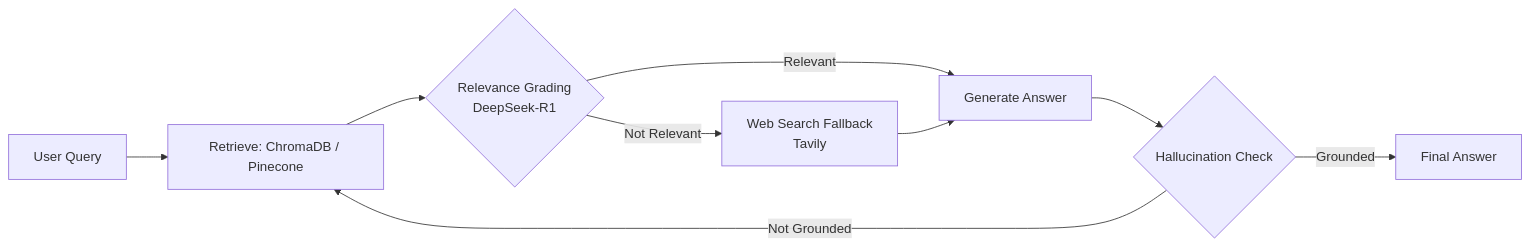
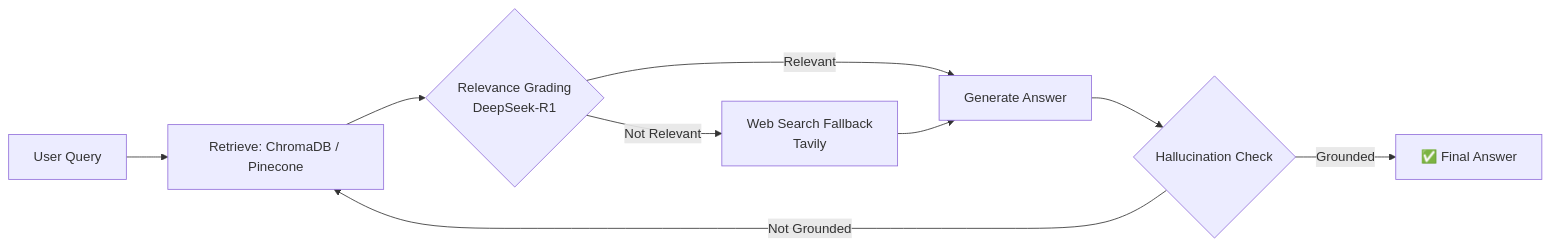
Before and after one commit to vinaybabannavar-create/vinaybabannavar-create: the third of 3 diagrams in README.md, drawn with Mermaid. The commit also changed other lines of this file, not shown here.

````diff
--- a/README.md
+++ b/README.md
@@ -110,11 +118,11 @@
 ```mermaid
 flowchart LR
     A[User Query] --> B[Retrieve: ChromaDB / Pinecone]
     B --> C{Relevance Grading<br/>DeepSeek-R1}
     C -->|Relevant| D[Generate Answer]
     C -->|Not Relevant| E[Web Search Fallback<br/>Tavily]
     E --> D
     D --> F{Hallucination Check}
-    F -->|Grounded| G[Final Answer]
+    F -->|Grounded| G[✅ Final Answer]
     F -->|Not Grounded| B
 ```
````
